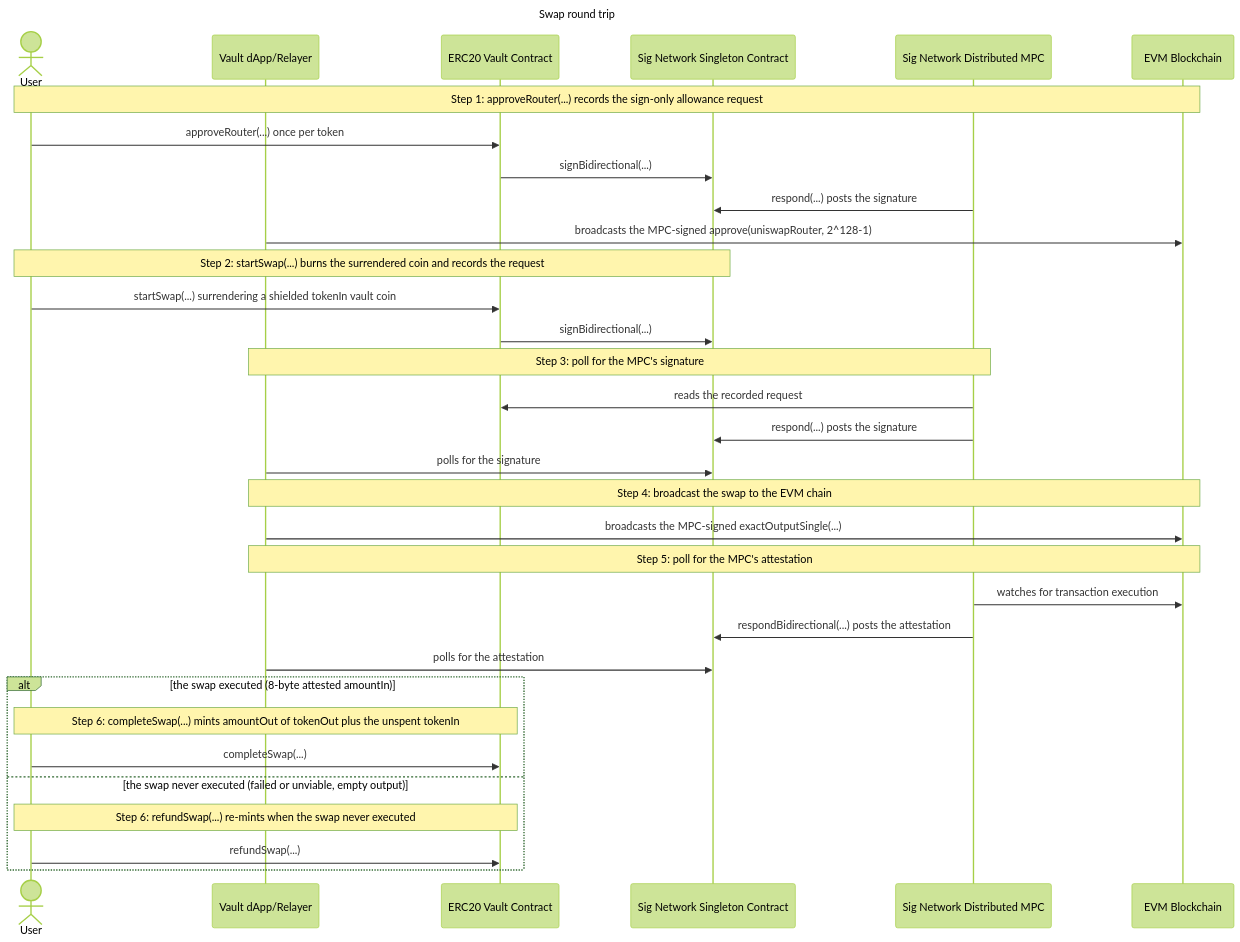
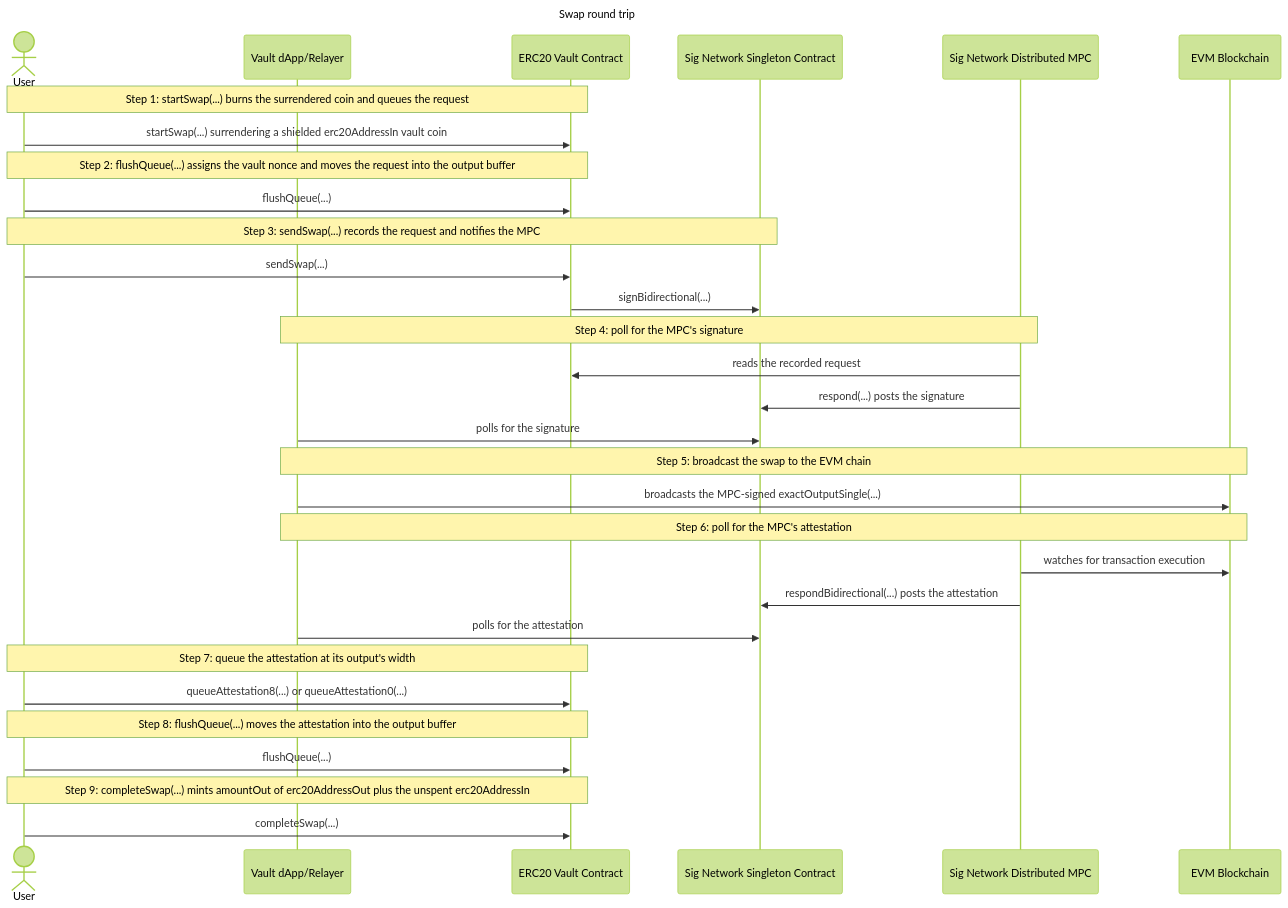
Before and after one commit to scafuro/midnight-examples: the diagram in examples/erc20-vault/docs/swap/swap.md, drawn with Mermaid (forest theme). The commit also changed other lines of this file and 21 other files, not shown here.

First line of the commit message:
docs(erc20-vault): describe the flush pattern everywhere, and list the diagrams to redraw

````diff
--- a/examples/erc20-vault/docs/swap/swap.md
+++ b/examples/erc20-vault/docs/swap/swap.md
@@ -279,36 +194,34 @@
 ```mermaid
 sequenceDiagram
     title Swap round trip
     actor User
     participant DApp as Vault dApp/Relayer
     participant Vault as ERC20 Vault Contract
     participant Singleton as Sig Network Singleton Contract
     participant MPC as Sig Network Distributed MPC
     participant EVM as EVM Blockchain
 
-    Note over User,EVM: Step 1: approveRouter(...) records the sign-only allowance request
-    User->>Vault: approveRouter(...) once per token
+    Note over User,Vault: Step 1: startSwap(...) burns the surrendered coin and queues the request
+    User->>Vault: startSwap(...) surrendering a shielded erc20AddressIn vault coin
+    Note over User,Vault: Step 2: flushQueue(...) assigns the vault nonce and moves the request into the output buffer
+    User->>Vault: flushQueue(...)
+    Note over User,Singleton: Step 3: sendSwap(...) records the request and notifies the MPC
+    User->>Vault: sendSwap(...)
     Vault->>Singleton: signBidirectional(...)
-    MPC->>Singleton: respond(...) posts the signature
-    DApp->>EVM: broadcasts the MPC-signed approve(uniswapRouter, 2^128-1)
-    Note over User,Singleton: Step 2: startSwap(...) burns the surrendered coin and records the request
-    User->>Vault: startSwap(...) surrendering a shielded tokenIn vault coin
-    Vault->>Singleton: signBidirectional(...)
-    Note over DApp,MPC: Step 3: poll for the MPC's signature
+    Note over DApp,MPC: Step 4: poll for the MPC's signature
     MPC->>Vault: reads the recorded request
     MPC->>Singleton: respond(...) posts the signature
     DApp->>Singleton: polls for the signature
-    Note over DApp,EVM: Step 4: broadcast the swap to the EVM chain
+    Note over DApp,EVM: Step 5: broadcast the swap to the EVM chain
     DApp->>EVM: broadcasts the MPC-signed exactOutputSingle(...)
-    Note over DApp,EVM: Step 5: poll for the MPC's attestation
+    Note over DApp,EVM: Step 6: poll for the MPC's attestation
     MPC->>EVM: watches for transaction execution
     MPC->>Singleton: respondBidirectional(...) posts the attestation
     DApp->>Singleton: polls for the attestation
-    alt the swap executed (8-byte attested amountIn)
-        Note over User,Vault: Step 6: completeSwap(...) mints amountOut of tokenOut plus the unspent tokenIn
-        User->>Vault: completeSwap(...)
-    else the swap never executed (failed or unviable, empty output)
-        Note over User,Vault: Step 6: refundSwap(...) re-mints when the swap never executed
-        User->>Vault: refundSwap(...)
-    end
+    Note over User,Vault: Step 7: queue the attestation at its output's width
+    User->>Vault: queueAttestation8(...) or queueAttestation0(...)
+    Note over User,Vault: Step 8: flushQueue(...) moves the attestation into the output buffer
+    User->>Vault: flushQueue(...)
+    Note over User,Vault: Step 9: completeSwap(...) mints amountOut of erc20AddressOut plus the unspent erc20AddressIn
+    User->>Vault: completeSwap(...)
 ```
````
